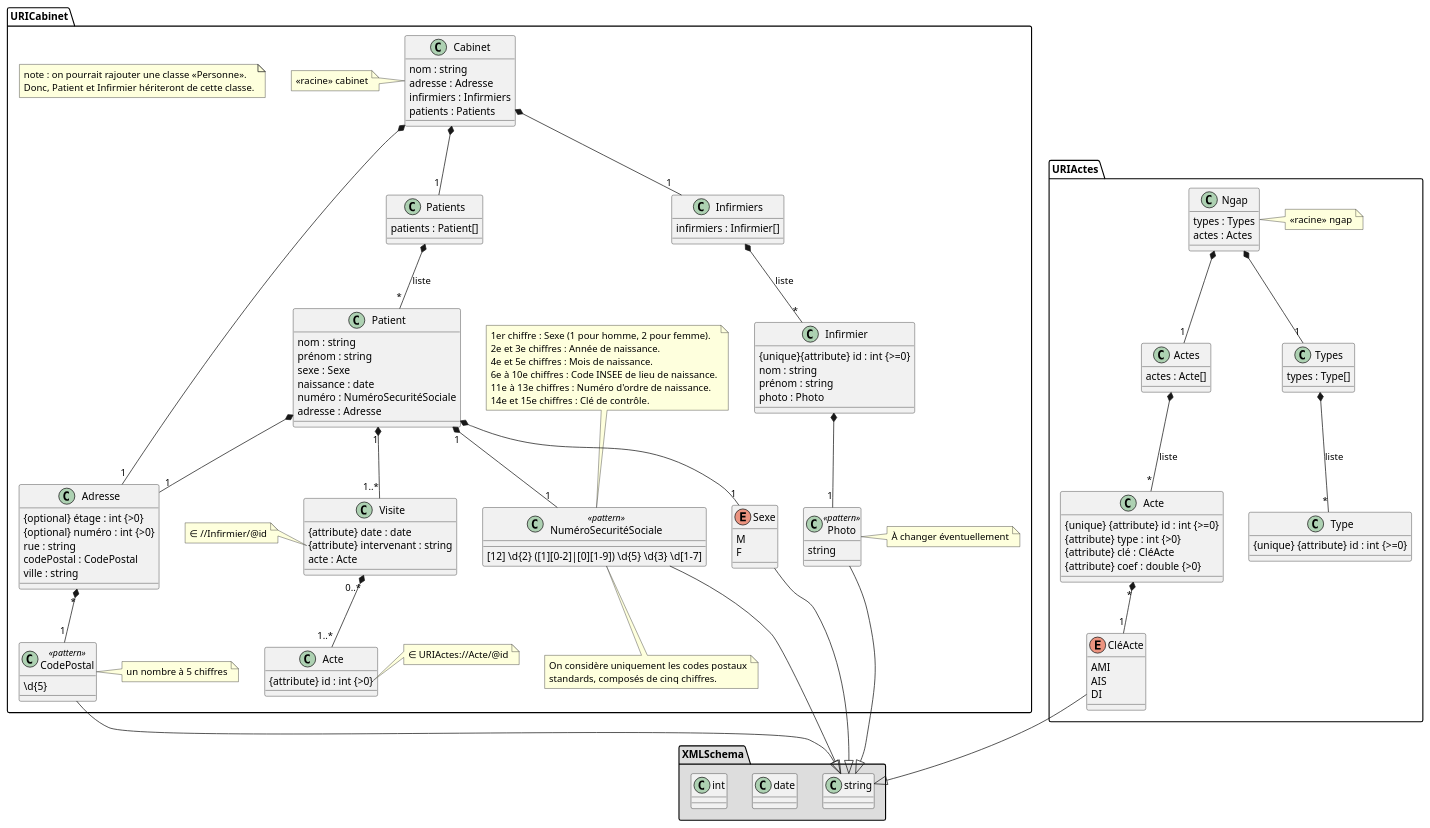
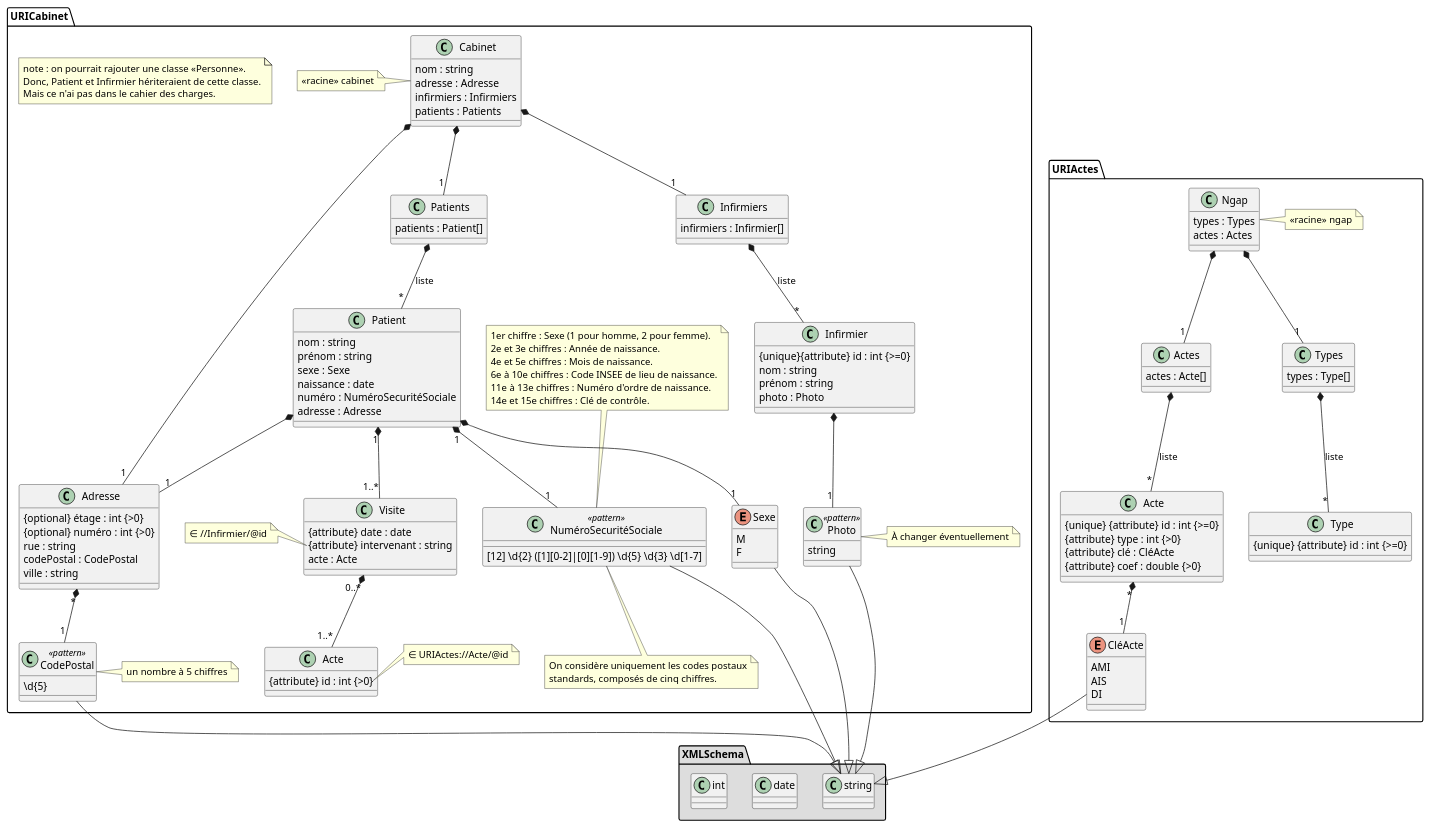
Before and after one commit to TennesseeAlves/CabinetInfirmier: the diagram in data/uml/cabinet.puml, drawn with PlantUML. The commit also changed 2 other files, not shown here.

```diff
--- a/data/uml/cabinet.puml
+++ b/data/uml/cabinet.puml
@@ -1,182 +1,183 @@
 @startuml
 
 'skinparam linetype ortho
 'l'instruction au dessus est pour avoir des lignes orthogonales...
 
 package XMLSchema #DDDDDD {
     class string
     class date
     class int
 }
 
 package URICabinet {
     note as noteHeritagePersonne
         note : on pourrait rajouter une classe «Personne».
-        Donc, Patient et Infirmier hériteront de cette classe.
+        Donc, Patient et Infirmier hériteraient de cette classe.
+        Mais ce n'ai pas dans le cahier des charges.
     end note
     
     class Cabinet {
         nom : string
         adresse : Adresse
         infirmiers : Infirmiers
         patients : Patients
     }
     note left of Cabinet
         <<racine>> cabinet
     end note
     
     class Patients {
         patients : Patient[]
     }
     class Infirmiers {
         infirmiers : Infirmier[]
     }
     
     class Infirmier {
         {unique}{attribute} id : int {>=0} 
         nom : string
         prénom : string
         photo : Photo
     }
     class Photo <<pattern>> {
         string
     }
     note right of Photo
         À changer éventuellement
     end note
     
     class Patient {
         nom : string
         prénom : string
         sexe : Sexe
         naissance : date
         numéro : NuméroSecuritéSociale
         adresse : Adresse
     }
     
     class Adresse {
         {optional} étage : int {>0}
         {optional} numéro : int {>0}
         rue : string
         codePostal : CodePostal
         ville : string
     }
     
     Enum Sexe  {
         M
         F
     }
     
     class NuméroSecuritéSociale <<pattern>> {
         [12] \d{2} ([1][0-2]|[0][1-9]) \d{5} \d{3} \d[1-7]
     }
     note top of NuméroSecuritéSociale
         1er chiffre : Sexe (1 pour homme, 2 pour femme).
         2e et 3e chiffres : Année de naissance.
         4e et 5e chiffres : Mois de naissance.
         6e à 10e chiffres : Code INSEE de lieu de naissance.
         11e à 13e chiffres : Numéro d'ordre de naissance.
         14e et 15e chiffres : Clé de contrôle.
     end note
     note bottom of NuméroSecuritéSociale
         On considère uniquement les codes postaux
         standards, composés de cinq chiffres.
     end note
     
     class CodePostal <<pattern>> {
         \d{5}
     }
     note right of CodePostal
         un nombre à 5 chiffres
     end note
     
     class Visite {
         {attribute} date : date
         {attribute} intervenant : string
         acte : Acte
     }
     note left of Visite::intervenant
         ∈ //Infirmier/@id
     end note
     
     class Acte {
         {attribute} id : int {>0}
     }
     note right of Acte::id
         ∈ URIActes://Acte/@id
     end note
     
     Cabinet *--"1" Infirmiers
     Cabinet *--"1" Patients
     Cabinet *--"1" Adresse
     
     Infirmier *-- "1" Photo
     
     Infirmiers *-- "*" Infirmier : liste
     
     Patient *--"1" Sexe
     Patient "1"*--"1..*" Visite
     Patient "1"*--"1" NuméroSecuritéSociale
     Patient *--"1" Adresse
     
     Patients *-- "*" Patient : liste
     
     Visite "0..*"*--"1..*" Acte
     
     Adresse "*" *--"1" CodePostal
     
     Sexe --|> string
     NuméroSecuritéSociale --|> string
     CodePostal --|> string
     Photo --|> string
 }
 
 
 
 package URIActes {
     class Ngap {
         types : Types
         actes : Actes
     }
     note right of Ngap
         «racine» ngap
     end note
     class Acte {
         {unique} {attribute} id : int {>=0}
         {attribute} type : int {>0}
         {attribute} clé : CléActe
         {attribute} coef : double {>0}
     }
     note right of Acte::type
         ∈ //Type/@id
     end note
     
     class Actes {
         actes : Acte[]
     }
     
     class Type {
         {unique} {attribute} id : int {>=0}
     }
     class Types {
         types : Type[]
     }
     
     enum CléActe {
         AMI
         AIS
         DI
     }
     
     Ngap *--"1" Types
     Ngap *--"1" Actes
     
     Actes *--"*" Acte : liste
     Acte "*"*--"1" CléActe
     
     Types *--"*" Type : liste
     
     CléActe --|> string
 }
 
 @enduml
```
